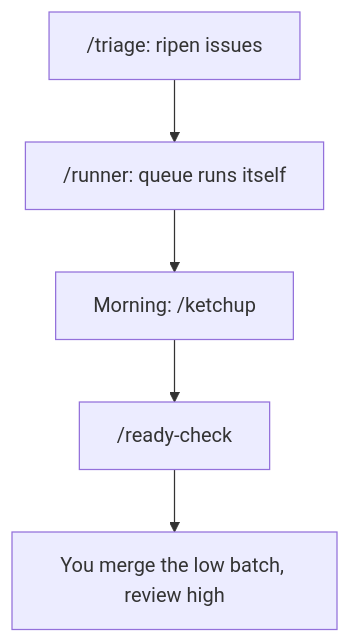
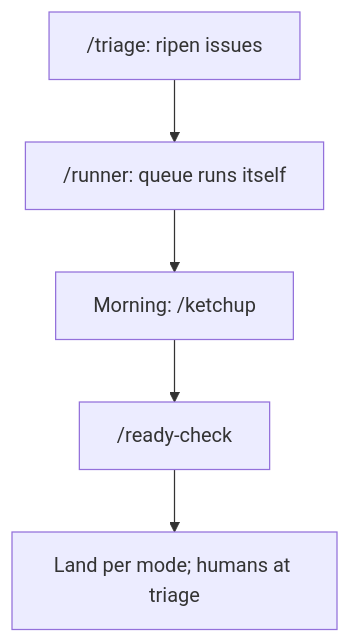
The fifth of 10 diagrams in skills/user-invoked/guide/COOKBOOK.md (TudeOrangBiasa/skills-for-agents), drawn with Mermaid before and after one commit. The commit also changed other lines of this file and 5 other files, not shown here.

````diff
--- a/skills/user-invoked/guide/COOKBOOK.md
+++ b/skills/user-invoked/guide/COOKBOOK.md
@@ -82,6 +82,6 @@
 ```mermaid
 flowchart TD
     T["/triage: ripen issues"] --> N["/runner: queue runs itself"]
     N --> M["Morning: /ketchup"]
-    M --> R["/ready-check"] --> G["You merge the low batch, review high"]
+    M --> R["/ready-check"] --> G["Land per mode; humans at triage"]
 ```
````
